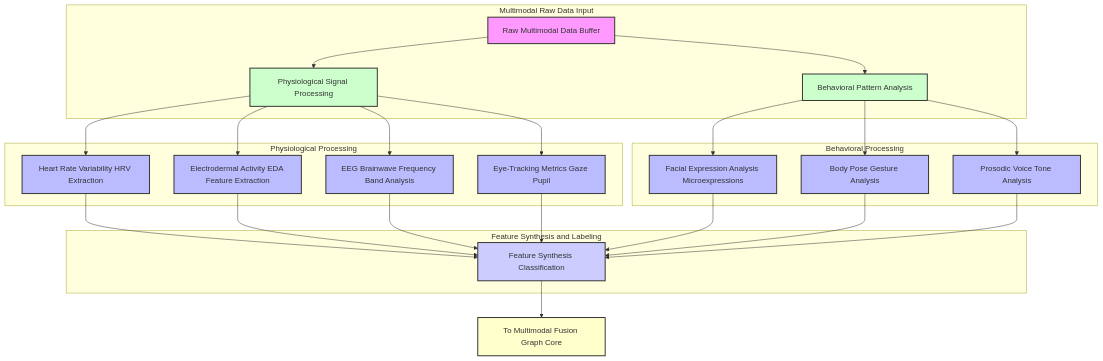
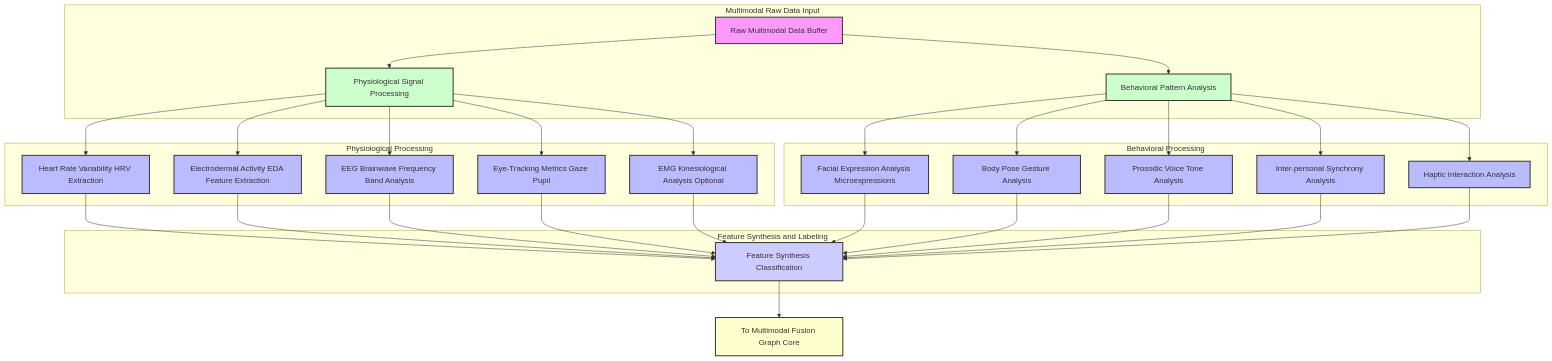
One commit to diplomat-bit/Citibank_Demo_Business_Inc_Demonstration- changed the fourth of 9 diagrams in inventions/inventions/012_holographic_meeting_scribe/014_multimodal_somatic_cognitive_graph_integration.md. Above: the diagram before and after it, drawn with Mermaid. The commit also changed other lines of this file, not shown here.

````diff
--- a/inventions/inventions/012_holographic_meeting_scribe/014_multimodal_somatic_cognitive_graph_integration.md
+++ b/inventions/inventions/012_holographic_meeting_scribe/014_multimodal_somatic_cognitive_graph_integration.md
@@ -113,47 +201,56 @@
 ```mermaid
 graph TD
     subgraph Multimodal Raw Data Input
         MM_RAW_DATA[Raw Multimodal Data Buffer] --> P_PROC[Physiological Signal Processing];
         MM_RAW_DATA --> B_PROC[Behavioral Pattern Analysis];
     end
 
     subgraph Physiological Processing
         P_PROC --> HRV_EXT[Heart Rate Variability HRV Extraction];
         P_PROC --> EDA_EXT[Electrodermal Activity EDA Feature Extraction];
         P_PROC --> EEG_EXT[EEG Brainwave Frequency Band Analysis];
         P_PROC --> EYE_MET[Eye-Tracking Metrics Gaze Pupil];
+        P_PROC --> EMG_KIN[EMG Kinesiological Analysis Optional];
     end
 
     subgraph Behavioral Processing
         B_PROC --> FACE_ANA[Facial Expression Analysis Microexpressions];
         B_PROC --> BODY_POS[Body Pose Gesture Analysis];
         B_PROC --> PROS_ANA[Prosodic Voice Tone Analysis];
+        B_PROC --> INTER_SYNCH_ANALYSIS[Inter-personal Synchrony Analysis];
+        B_PROC --> HAPTIC_INTERACTION_ANALYSIS[Haptic Interaction Analysis];
     end
 
     subgraph Feature Synthesis and Labeling
         HRV_EXT --> F_SYNTH[Feature Synthesis Classification];
         EDA_EXT --> F_SYNTH;
         EEG_EXT --> F_SYNTH;
         EYE_MET --> F_SYNTH;
+        EMG_KIN --> F_SYNTH;
         FACE_ANA --> F_SYNTH;
         BODY_POS --> F_SYNTH;
         PROS_ANA --> F_SYNTH;
+        INTER_SYNCH_ANALYSIS --> F_SYNTH;
+        HAPTIC_INTERACTION_ANALYSIS --> F_SYNTH;
     end
 
     F_SYNTH --> TO_FUSION_CORE[To Multimodal Fusion Graph Core];
 
     style MM_RAW_DATA fill:#f9f,stroke:#333,stroke-width:2px
     style P_PROC fill:#cfc,stroke:#333,stroke-width:2px
     style B_PROC fill:#cfc,stroke:#333,stroke-width:2px
 
     style HRV_EXT fill:#bbf,stroke:#333,stroke-width:2px
     style EDA_EXT fill:#bbf,stroke:#333,stroke-width:2px
     style EEG_EXT fill:#bbf,stroke:#333,stroke-width:2px
     style EYE_MET fill:#bbf,stroke:#333,stroke-width:2px
+    style EMG_KIN fill:#bbf,stroke:#333,stroke-width:2px
     style FACE_ANA fill:#bbf,stroke:#333,stroke-width:2px
     style BODY_POS fill:#bbf,stroke:#333,stroke-width:2px
     style PROS_ANA fill:#bbf,stroke:#333,stroke-width:2px
+    style INTER_SYNCH_ANALYSIS fill:#bbf,stroke:#333,stroke-width:2px
+    style HAPTIC_INTERACTION_ANALYSIS fill:#bbf,stroke:#333,stroke-width:2px
 
     style F_SYNTH fill:#ccf,stroke:#333,stroke-width:2px
     style TO_FUSION_CORE fill:#ffc,stroke:#333,stroke-width:2px
 ```
````
